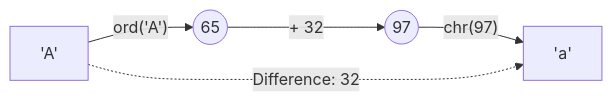
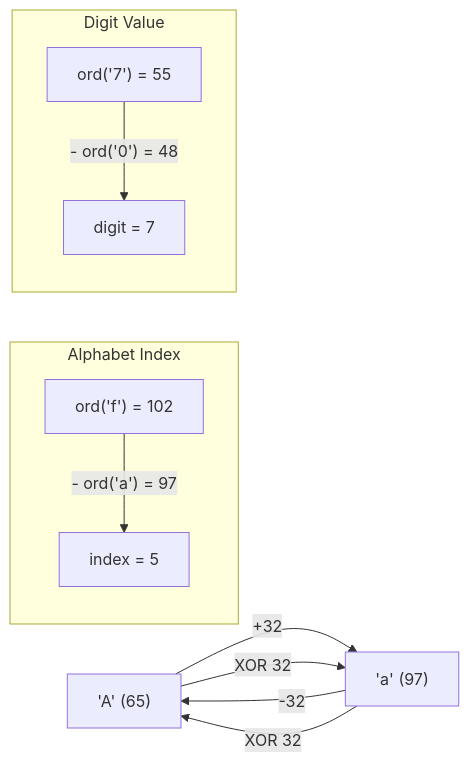
One commit to rajesh-kohli/Programming-Python-DSA changed the diagram in 02_DSA_Mastery/05_Characters_and_ASCII_Manipulation/05_characters_and_ascii_manipulation.md. Above: the diagram before and after it, drawn with Mermaid. The commit also changed other lines of this file and 1 other file, not shown here.

````diff
--- a/02_DSA_Mastery/05_Characters_and_ASCII_Manipulation/05_characters_and_ascii_manipulation.md
+++ b/02_DSA_Mastery/05_Characters_and_ASCII_Manipulation/05_characters_and_ascii_manipulation.md
@@ -28,8 +100,15 @@
 ```mermaid
 graph LR
-    A["'A'"] -- ord('A') --> B((65))
-    B -- + 32 --> C((97))
-    C -- chr(97) --> D["'a'"]
-    
-    A -.-> |Difference: 32| D
+    A["'A' (65)"] -- "+32" --> B["'a' (97)"]
+    B -- "-32" --> A
+    A -- "XOR 32" --> B
+    B -- "XOR 32" --> A
+
+    subgraph "Alphabet Index"
+        C["ord('f') = 102"] -- "- ord('a') = 97" --> D["index = 5"]
+    end
+
+    subgraph "Digit Value"
+        E["ord('7') = 55"] -- "- ord('0') = 48" --> F["digit = 7"]
+    end
 ```
````
